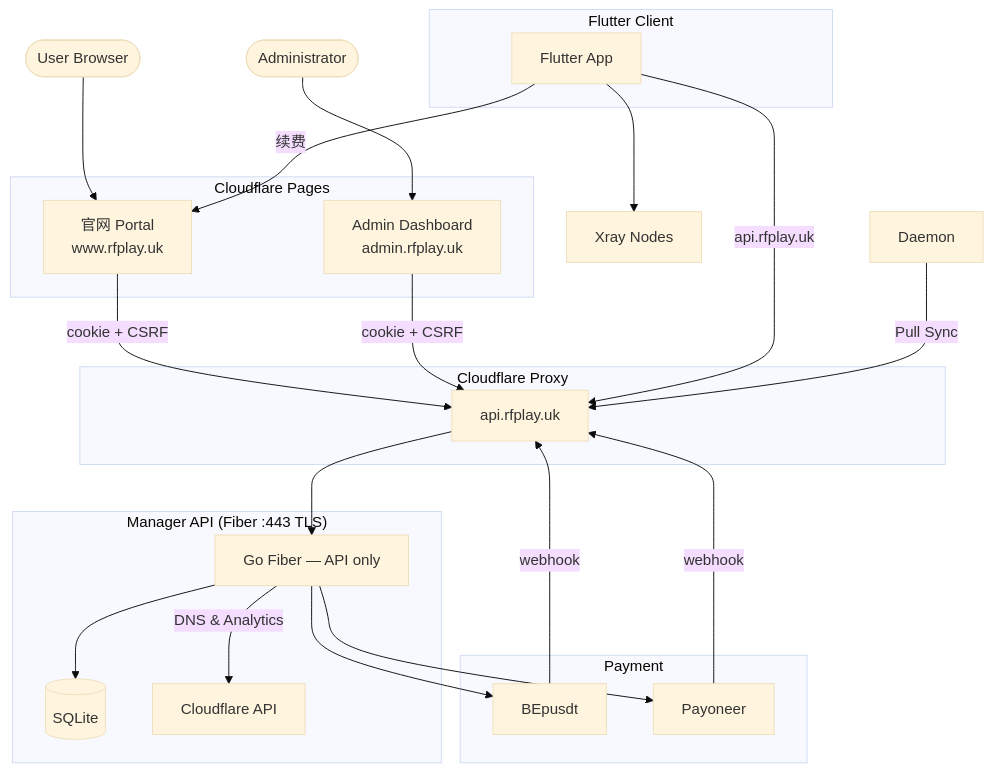
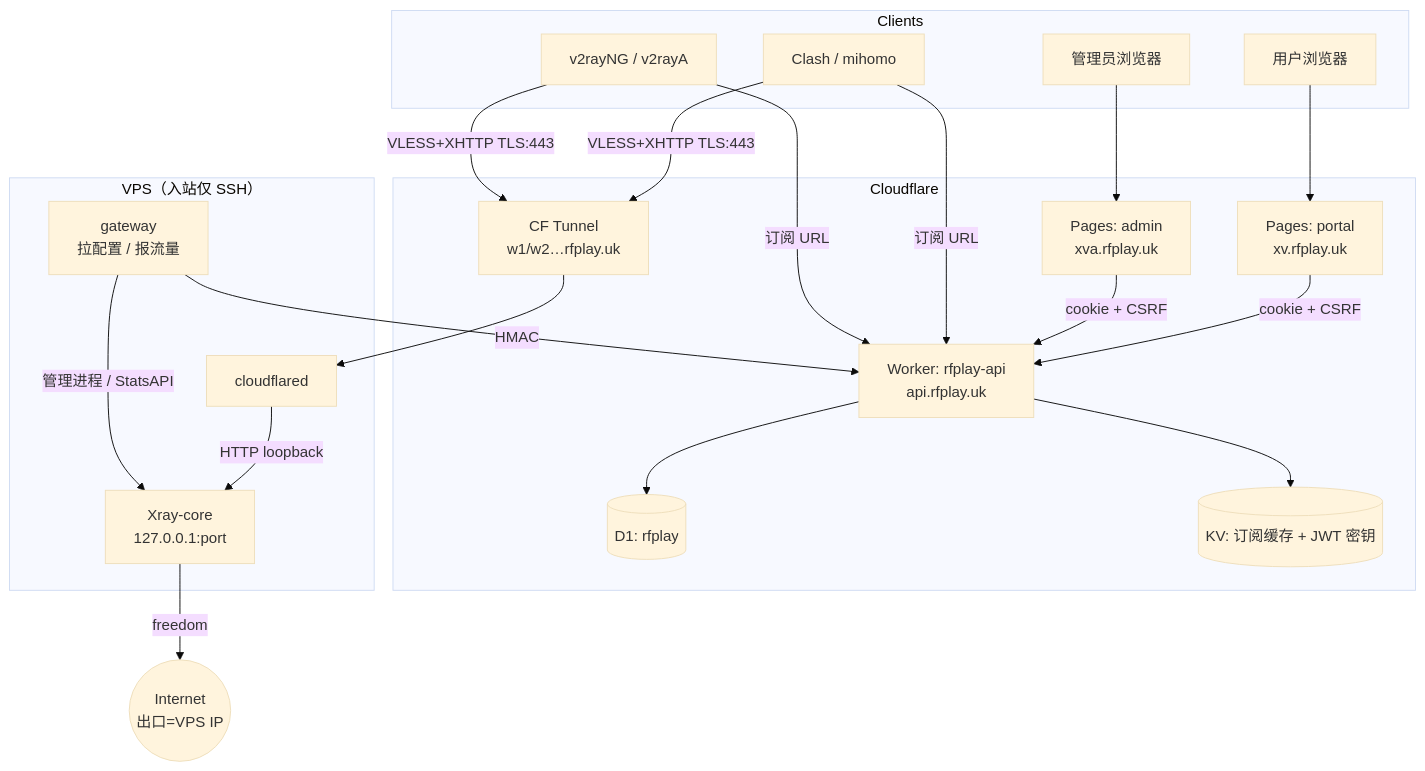
The diagram in airport_system_design.md (ouyexiaogongzhu/airport), drawn with Mermaid (base theme) before and after one commit. The commit also changed other lines of this file and 71 other files, not shown here.

First line of the commit message:
Ship XHTTP-only stack, Google OAuth, JWT rotation, and align docs.

````diff
--- a/airport_system_design.md
+++ b/airport_system_design.md
@@ -31,37 +26,38 @@
 ```mermaid
-graph TD
-    subgraph CF_Pages ["Cloudflare Pages"]
-        PortalSite[官网 Portal<br/>www.rfplay.uk]
-        AdminSite[Admin Dashboard<br/>admin.rfplay.uk]
-    end
+flowchart TB
+  subgraph Clients
+    Clash[Clash / mihomo]
+    V2NG[v2rayNG / v2rayA]
+    Browser[用户浏览器]
+    AdminUI[管理员浏览器]
+  end
 
-    subgraph CF_API ["Cloudflare Proxy"]
-        API_GW[api.rfplay.uk]
-    end
+  subgraph Cloudflare
+    Portal[Pages: portal<br/>xv.rfplay.uk]
+    Admin[Pages: admin<br/>xva.rfplay.uk]
+    API[Worker: rfplay-api<br/>api.rfplay.uk]
+    D1[(D1: rfplay)]
+    KV[(KV: 订阅缓存 + JWT 密钥)]
+    Tunnel[CF Tunnel<br/>w1/w2…rfplay.uk]
+  end
 
-    subgraph Manager ["Manager API (Fiber :443 TLS)"]
-        Fiber[Go Fiber — API only]
-        Fiber --> DB[(SQLite)]
-        Fiber -->|DNS & Analytics| CF_API_EXT[Cloudflare API]
-    end
+  subgraph VPS["VPS（入站仅 SSH）"]
+    GW[gateway<br/>拉配置 / 报流量]
+    Xray[Xray-core<br/>127.0.0.1:port]
+    CFD[cloudflared]
+  end
 
-    subgraph Payment
-        Fiber --> BEpusdt[BEpusdt]
-        Fiber --> Payoneer[Payoneer]
-        BEpusdt & Payoneer -->|webhook| API_GW
-    end
-
-    UserWeb([User Browser]) --> PortalSite
-    Admin([Administrator]) --> AdminSite
-    PortalSite -->|cookie + CSRF| API_GW
-    AdminSite -->|cookie + CSRF| API_GW
-    API_GW --> Fiber
-
-    subgraph VPN_Client ["Flutter Client"]
-        App[Flutter App] -->|api.rfplay.uk| API_GW
-        App -->|续费| PortalSite
-    end
-
-    Daemon[Daemon] -->|Pull Sync| API_GW
-    App --> Nodes[Xray Nodes]
+  Browser --> Portal
+  AdminUI --> Admin
+  Portal -->|cookie + CSRF| API
+  Admin -->|cookie + CSRF| API
+  API --> D1
+  API --> KV
+  Clash & V2NG -->|订阅 URL| API
+  Clash & V2NG -->|VLESS+XHTTP TLS:443| Tunnel
+  Tunnel --> CFD
+  CFD -->|HTTP loopback| Xray
+  Xray -->|freedom| Internet((Internet<br/>出口=VPS IP))
+  GW -->|HMAC| API
+  GW -->|管理进程 / StatsAPI| Xray
 ```
````
